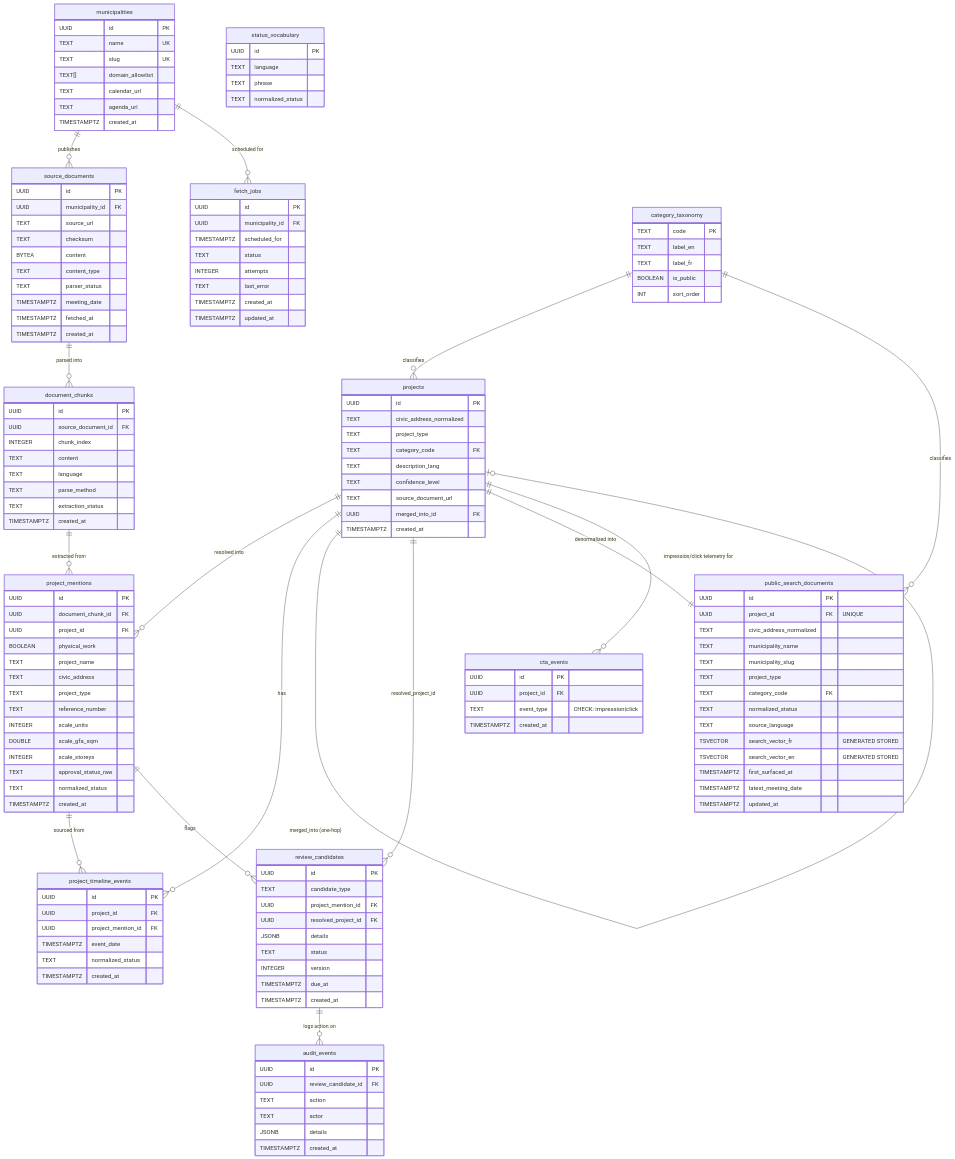
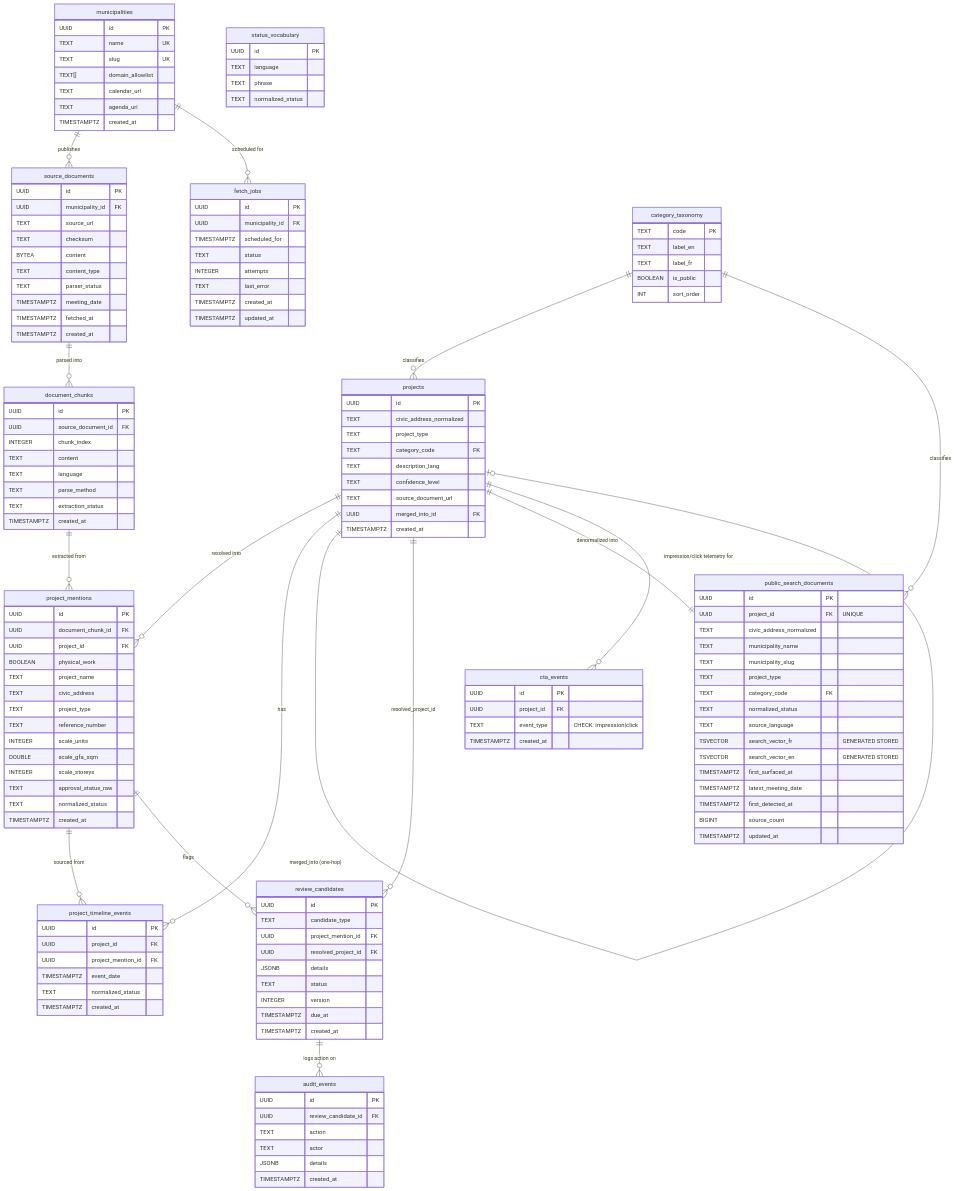
One commit to landovskis/ShovelsUp changed the diagram in docs/architecture/erd.md. Above: the diagram before and after it, drawn with Mermaid. The commit also changed other lines of this file and 11 other files, not shown here.

```diff
--- a/docs/architecture/erd.md
+++ b/docs/architecture/erd.md
@@ -173,6 +173,8 @@
         TSVECTOR search_vector_en "GENERATED STORED"
         TIMESTAMPTZ first_surfaced_at
         TIMESTAMPTZ latest_meeting_date
+        TIMESTAMPTZ first_detected_at
+        BIGINT source_count
         TIMESTAMPTZ updated_at
     }
 
```
